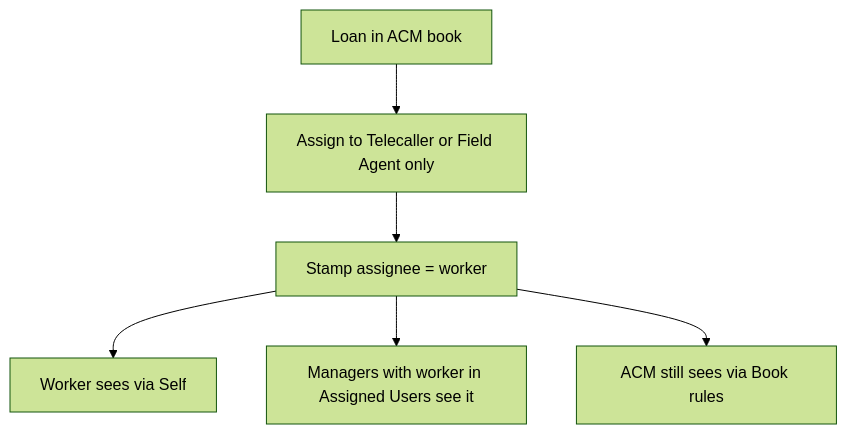
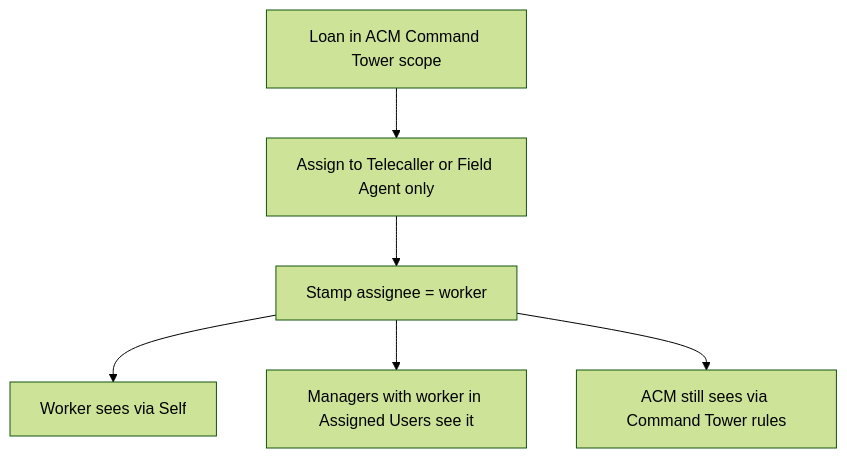
One commit to shubhamgrayopus/collekto-hierarchy-solution changed diagram 11 of 14 in Collekto-AuthZ-Visibility-Impact-Understanding.md. Above: the diagram before and after it, drawn with Mermaid (forest theme). The commit also changed other lines of this file and 2 other files, not shown here.

Commit message:
Use Command Tower rules team terminology across the understanding docs.

````diff
--- a/Collekto-AuthZ-Visibility-Impact-Understanding.md
+++ b/Collekto-AuthZ-Visibility-Impact-Understanding.md
@@ -274,10 +274,10 @@
 ```mermaid
 flowchart TB
-  L[Loan in ACM book]
+  L[Loan in ACM Command Tower scope]
   A[Assign to Telecaller or Field Agent only]
   L --> A
   A --> S[Stamp assignee = worker]
   S --> T[Worker sees via Self]
   S --> M[Managers with worker in Assigned Users see it]
-  S --> C[ACM still sees via Book rules]
+  S --> C[ACM still sees via Command Tower rules]
 ```
````
